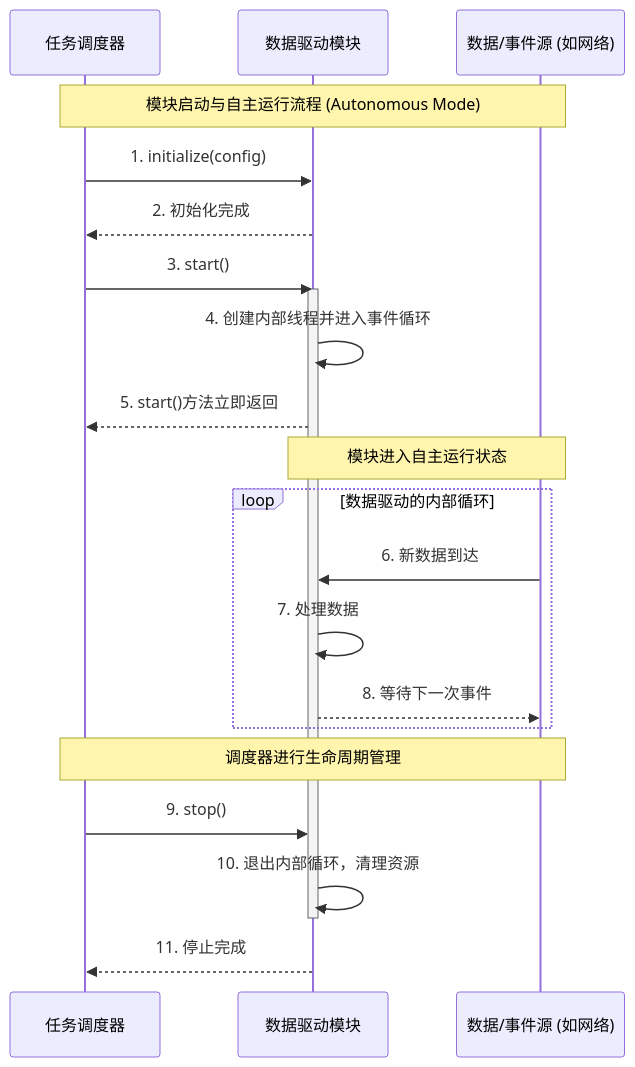
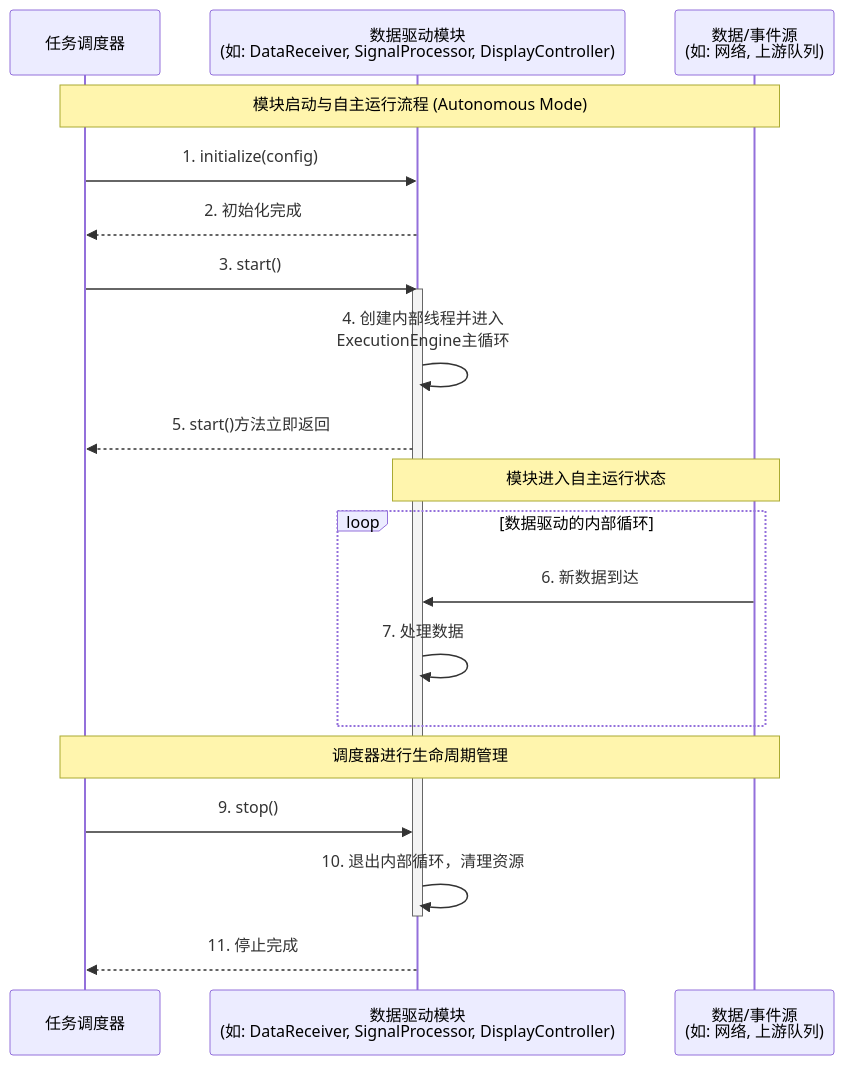
Before and after one commit to wendizhou99-cell/Radar: the seventh of 22 diagrams in docs/01_项目设计/02_模块设计/99_模块集成策略.md, drawn with Mermaid. The commit also changed other lines of this file and 14 other files, not shown here.

````diff
--- a/docs/01_项目设计/02_模块设计/99_模块集成策略.md
+++ b/docs/01_项目设计/02_模块设计/99_模块集成策略.md
@@ -586,31 +627,30 @@
 ```mermaid
 sequenceDiagram
     participant Scheduler as 任务调度器
-    participant DataDrivenModule as 数据驱动模块
-    participant EventSource as 数据/事件源 (如网络)
+    participant DataDrivenModule as 数据驱动模块<br/>(如: DataReceiver, SignalProcessor, DisplayController)
+    participant EventSource as 数据/事件源<br/>(如: 网络, 上游队列)
 
     Note over Scheduler, EventSource: 模块启动与自主运行流程 (Autonomous Mode)
 
     Scheduler->>DataDrivenModule: 1. initialize(config)
     DataDrivenModule-->>Scheduler: 2. 初始化完成
 
     Scheduler->>DataDrivenModule: 3. start()
     activate DataDrivenModule
-    DataDrivenModule->>DataDrivenModule: 4. 创建内部线程并进入事件循环
+    DataDrivenModule->>DataDrivenModule: 4. 创建内部线程并进入<br/>ExecutionEngine主循环
     DataDrivenModule-->>Scheduler: 5. start()方法立即返回
 
     Note over DataDrivenModule, EventSource: 模块进入自主运行状态
 
     loop 数据驱动的内部循环
         EventSource->>DataDrivenModule: 6. 新数据到达
         DataDrivenModule->>DataDrivenModule: 7. 处理数据
-        DataDrivenModule-->>EventSource: 8. 等待下一次事件
     end
 
     Note over Scheduler, EventSource: 调度器进行生命周期管理
 
     Scheduler->>DataDrivenModule: 9. stop()
     DataDrivenModule->>DataDrivenModule: 10. 退出内部循环，清理资源
     deactivate DataDrivenModule
     DataDrivenModule-->>Scheduler: 11. 停止完成
 ```
````
